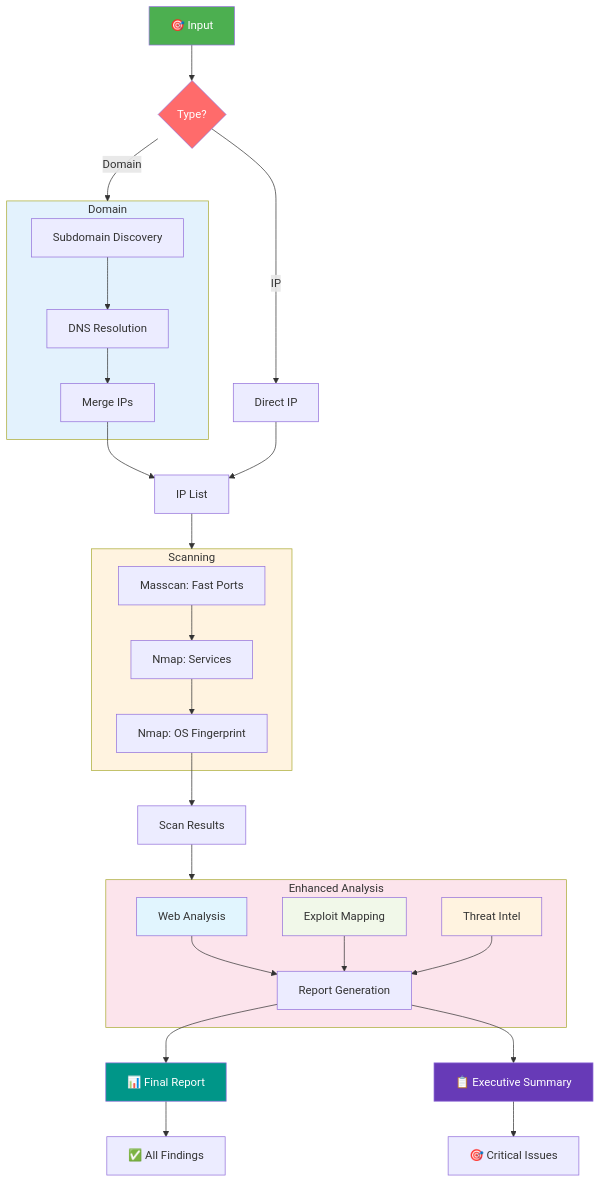
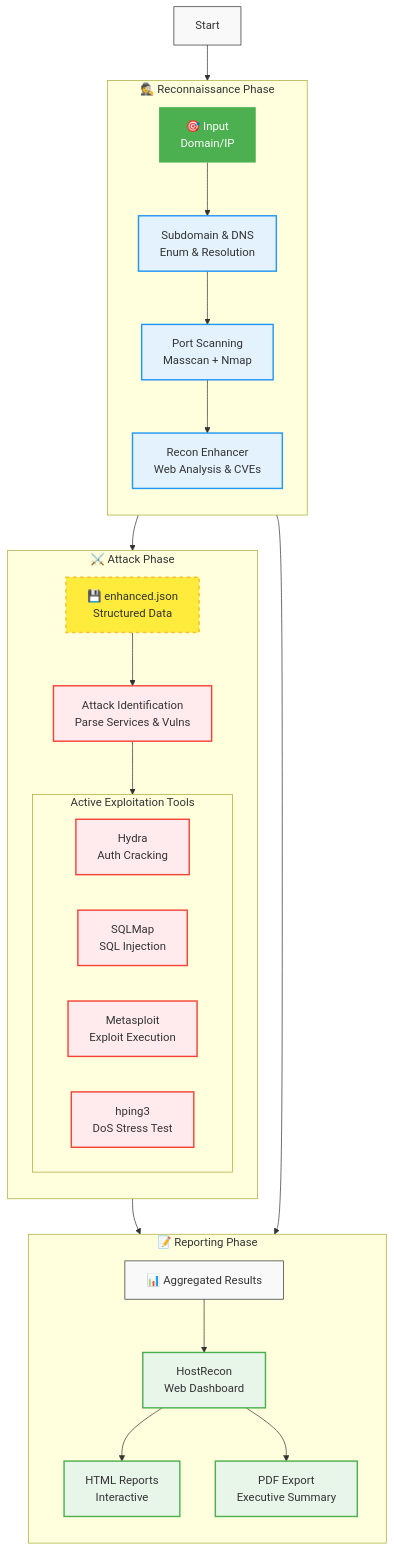
The third of 3 diagrams in README.md (koffandaff/nullprotocol), drawn with Mermaid before and after one commit.

````diff
--- a/README.md
+++ b/README.md
@@ -92,63 +92,63 @@
 ```mermaid
 graph TD
     %% START
-    A[🎯 Input] --> B{Type?}
-    B -->|Domain| C[Domain Pipeline]
-    B -->|IP| E[Direct IP]
+    A[Start] --> B[🎯 Input<br>Domain/IP]
     
-    %% DOMAIN PROCESSING
-    subgraph C [Domain]
-        C1[Subdomain Discovery]
-        C2[DNS Resolution]
-        C3[Merge IPs]
+    %% RECON PHASE
+    subgraph Recon [🕵️ Reconnaissance Phase]
+        direction TB
+        R1[Subdomain & DNS<br>Enum & Resolution]
+        R2[Port Scanning<br>Masscan + Nmap]
+        R3[Recon Enhancer<br>Web Analysis & CVEs]
+        
+        B --> R1 --> R2 --> R3
     end
+
+    %% HANDOFF
+    R3 --> D[💾 enhanced.json<br>Structured Data]
+
+    %% ATTACK PHASE
+    subgraph Attack [⚔️ Attack Phase]
+        direction TB
+        A1[Attack Identification<br>Parse Services & Vulns]
+        
+        subgraph Tools [Active Exploitation Tools]
+            T1[Hydra<br>Auth Cracking]
+            T2[SQLMap<br>SQL Injection]
+            T3[Metasploit<br>Exploit Execution]
+            T4[hping3<br>DoS Stress Test]
+        end
+        
+        D --> A1
+        A1 --> Tools
+    end
+
+    %% REPORTING PHASE
+    Tools --> E[📊 Aggregated Results]
+    R3 --> E
     
-    C1 --> C2 --> C3 --> D
+    subgraph Report [📝 Reporting Phase]
+        direction TB
+        H1[HostRecon<br>Web Dashboard]
+        H2[HTML Reports<br>Interactive]
+        H3[PDF Export<br>Executive Summary]
+        
+        E --> H1
+        H1 --> H2
+        H1 --> H3
+    end
+
+    %% STYLING
+    classDef default fill:#f9f9f9,stroke:#333,stroke-width:1px;
+    classDef input fill:#4CAF50,color:white,stroke:none;
+    classDef recon fill:#E3F2FD,stroke:#2196F3,stroke-width:2px;
+    classDef data fill:#FFEB3B,stroke:#FBC02D,stroke-width:2px,stroke-dasharray: 5 5;
+    classDef attack fill:#FFEBEE,stroke:#F44336,stroke-width:2px;
+    classDef report fill:#E8F5E9,stroke:#4CAF50,stroke-width:2px;
     
-    E --> D[IP List]
-    
-    %% PORT SCANNING
-    D --> F[Port Scanning]
-    
-    subgraph F [Scanning]
-        F1[Masscan: Fast Ports]
-        F2[Nmap: Services]
-        F3[Nmap: OS Fingerprint]
-    end
-    
-    F1 --> F2 --> F3 --> G
-    
-    %% ENHANCED RECON
-    G[Scan Results] --> H[Recon Enhancer]
-    
-    subgraph H [Enhanced Analysis]
-        H1[Web Analysis]
-        H2[Exploit Mapping]
-        H3[Threat Intel]
-        H4[Report Generation]
-    end
-    
-    H1 --> H4
-    H2 --> H4
-    H3 --> H4
-    
-    %% OUTPUT
-    H4 --> I[📊 Final Report]
-    H4 --> J[📋 Executive Summary]
-    
-    I --> K[✅ All Findings]
-    J --> L[🎯 Critical Issues]
-    
-    %% STYLING
-    style A fill:#4CAF50,color:white
-    style B fill:#ff6b6b,color:white
-    style C fill:#e3f2fd
-    style F fill:#fff3e0
-    style H fill:#fce4ec
-    style I fill:#009688,color:white
-    style J fill:#673ab7,color:white
-    
-    style H1 fill:#e1f5fe
-    style H2 fill:#f1f8e9
-    style H3 fill:#fff3e0
+    class B input;
+    class R1,R2,R3 recon;
+    class D data;
+    class A1,T1,T2,T3,T4 attack;
+    class H1,H2,H3 report;
 ```
````
